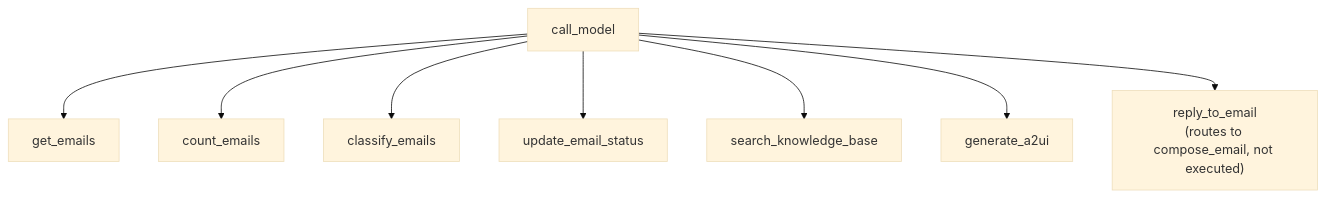
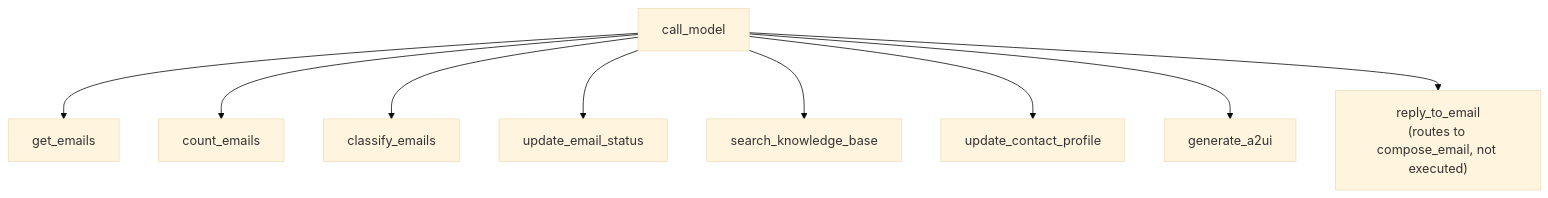
The fourth of 5 diagrams in practice-new-version/docs/ARCHITECTURE.md (myle-agilityio/langchain-training), drawn with Mermaid (base theme) before and after one commit. The commit also changed other lines of this file, not shown here.

Commit message:
feat: update architecture documentation with new API endpoints and clarify graph structures

````diff
--- a/practice-new-version/docs/ARCHITECTURE.md
+++ b/practice-new-version/docs/ARCHITECTURE.md
@@ -104,20 +116,22 @@
 ```mermaid
 graph TD
     call_model["call_model"]
 
     call_model --> get_emails
     call_model --> count_emails
     call_model --> classify_emails
     call_model --> update_email_status
     call_model --> search_knowledge_base
+    call_model --> update_contact_profile
     call_model --> generate_a2ui
     call_model --> reply_to_email
 
     get_emails["get_emails"]
     count_emails["count_emails"]
     classify_emails["classify_emails"]
     update_email_status["update_email_status"]
     search_knowledge_base["search_knowledge_base"]
+    update_contact_profile["update_contact_profile"]
     generate_a2ui["generate_a2ui"]
     reply_to_email["reply_to_email\n(routes to compose_email, not executed)"]
 ```
````
